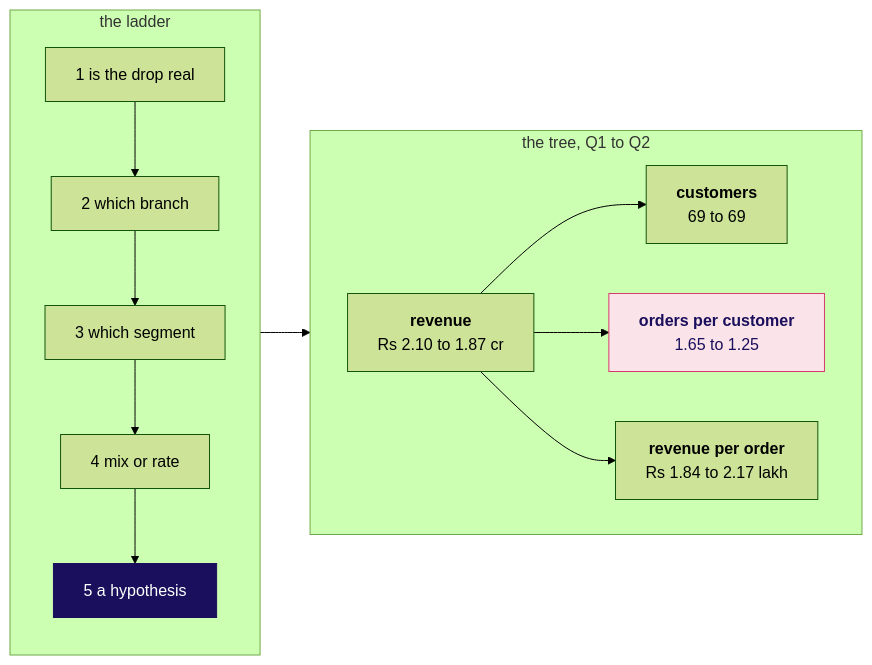
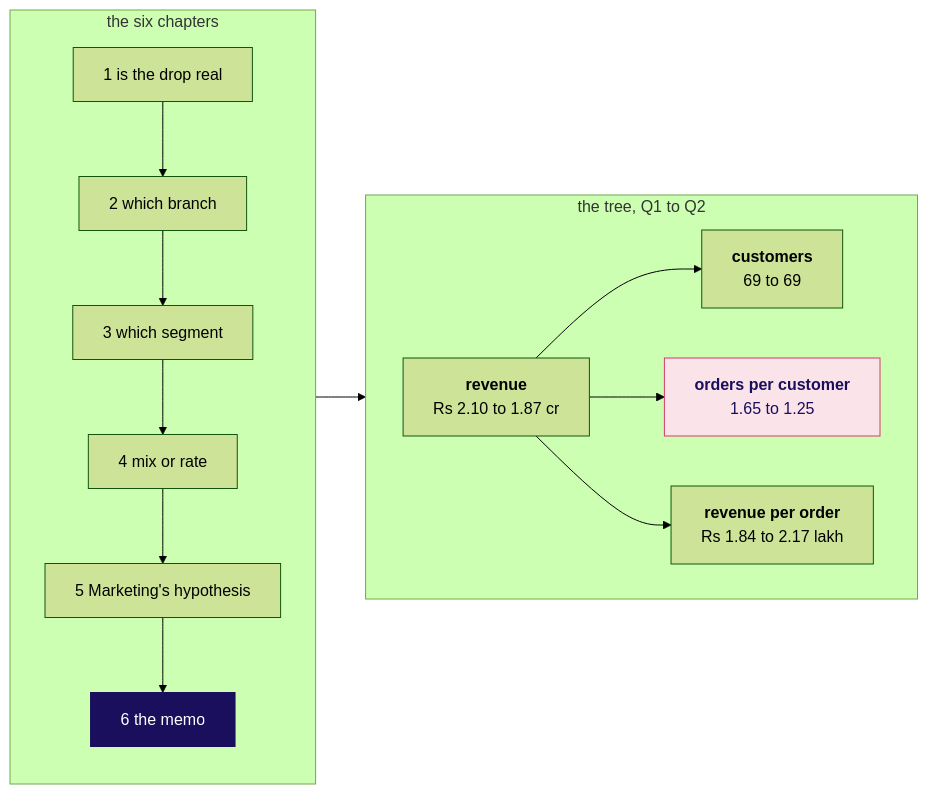
Before and after one commit to fde-academy-lab/c2-content-factory: the second of 2 diagrams in content/W01/D2/study-notes/C2_W01_D02_notes_STUDENT.md, drawn with Mermaid (forest theme). The commit also changed other lines of this file and 9 other files, not shown here.

````diff
--- a/content/W01/D2/study-notes/C2_W01_D02_notes_STUDENT.md
+++ b/content/W01/D2/study-notes/C2_W01_D02_notes_STUDENT.md
@@ -62,21 +55,22 @@
 ```mermaid
 flowchart LR
-    subgraph LAD["the ladder"]
+    subgraph LAD["the six chapters"]
         direction TB
         R1["1 is the drop real"] --> R2["2 which branch"]
         R2 --> R3["3 which segment"]
         R3 --> R4["4 mix or rate"]
-        R4 --> R5["5 a hypothesis"]
+        R4 --> R5["5 Marketing's hypothesis"]
+        R5 --> R6["6 the memo"]
     end
     subgraph TREE["the tree, Q1 to Q2"]
         direction LR
         V["<b>revenue</b><br/>Rs 2.10 to 1.87 cr"] --> C["<b>customers</b><br/>69 to 69"]
         V --> F["<b>orders per customer</b><br/>1.65 to 1.25"]
         V --> O["<b>revenue per order</b><br/>Rs 1.84 to 2.17 lakh"]
     end
     LAD --> TREE
     classDef bet fill:#1A0F5C,stroke:#1A0F5C,color:#FFFFFF
     classDef moved fill:#FBE3EA,stroke:#D63A6A,color:#1A0F5C
-    class R5 bet
+    class R6 bet
     class F moved
 ```
````
